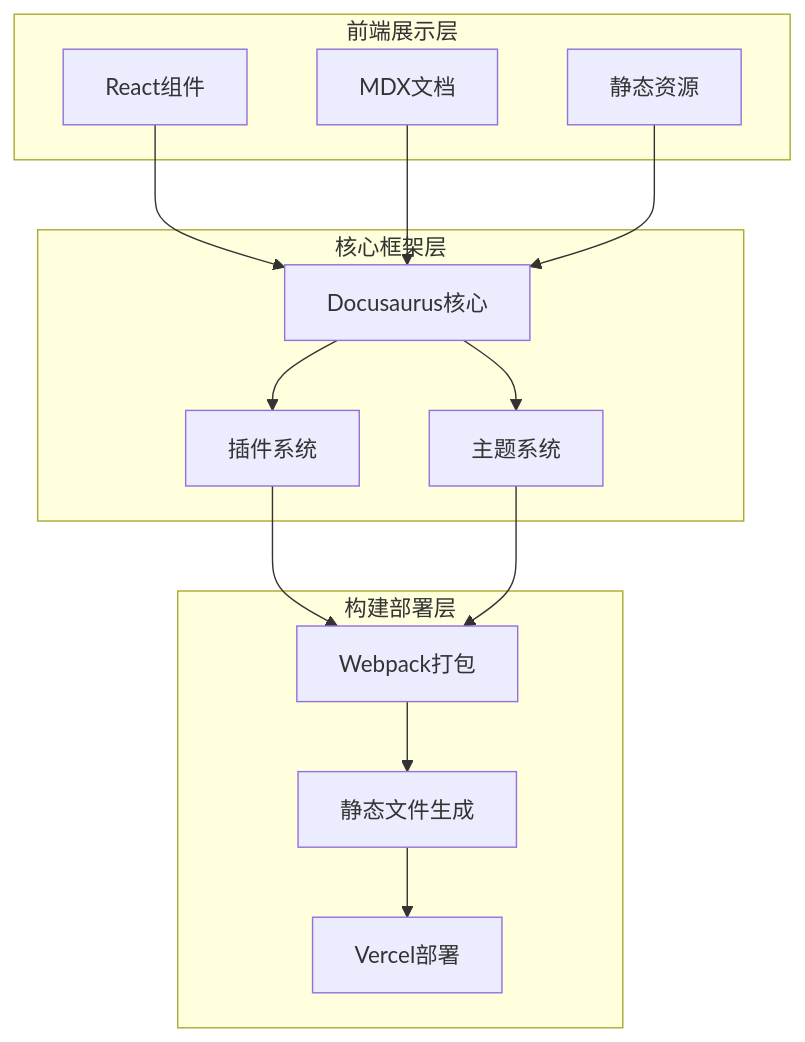
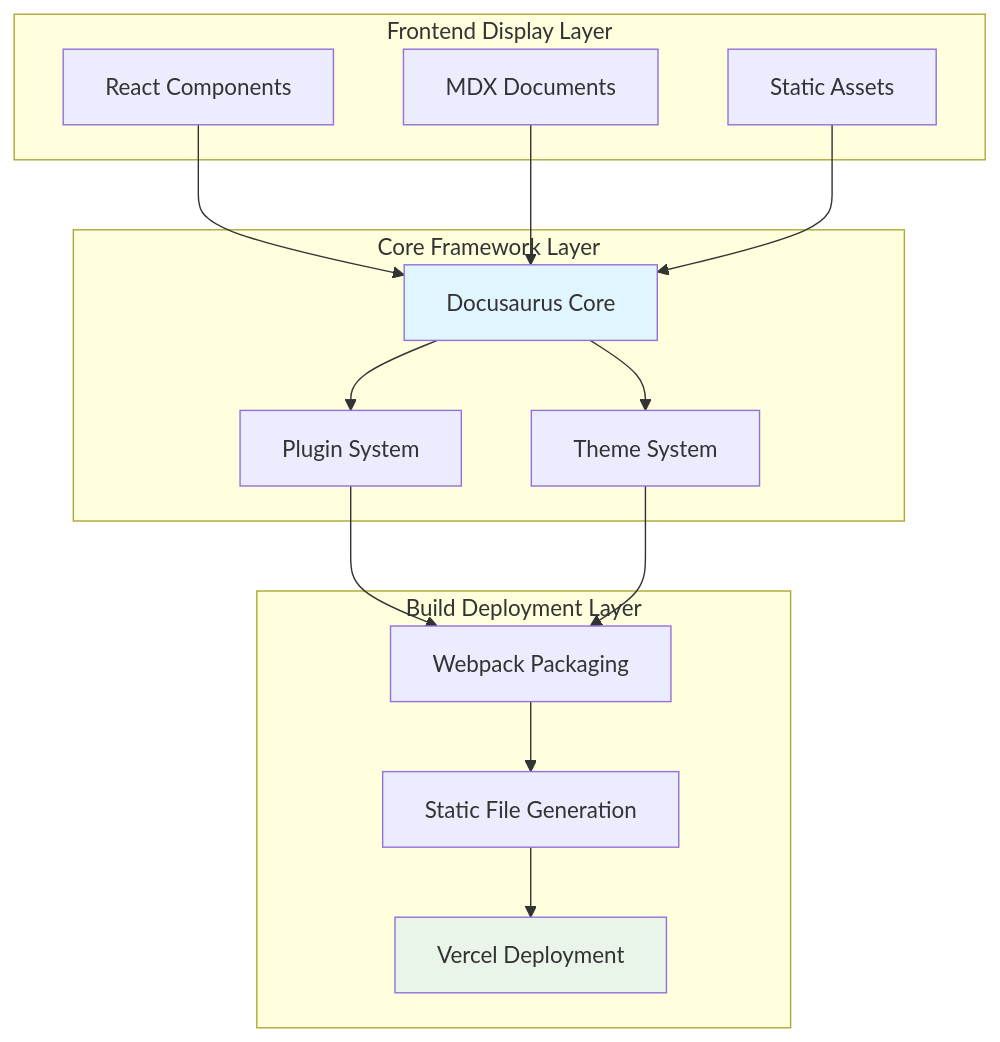
The second of 10 diagrams in versioned_docs/version-2024-winter/tutorials/docusaurus-tutorial.mdx (ChanMeng666/ai-programming-teaching-project), drawn with Mermaid before and after one commit. The commit also changed other lines of this file and 472 other files, not shown here.

````diff
--- a/versioned_docs/version-2024-winter/tutorials/docusaurus-tutorial.mdx
+++ b/versioned_docs/version-2024-winter/tutorials/docusaurus-tutorial.mdx
@@ -49,30 +52,33 @@
 ```mermaid
 graph TB
-    subgraph "前端展示层"
-        A[React组件]
-        B[MDX文档]
-        C[静态资源]
+    subgraph "Frontend Display Layer"
+        A[React Components]
+        B[MDX Documents]
+        C[Static Assets]
     end
-    
-    subgraph "核心框架层"
-        D[Docusaurus核心]
-        E[插件系统]
-        F[主题系统]
+
+    subgraph "Core Framework Layer"
+        D[Docusaurus Core]
+        E[Plugin System]
+        F[Theme System]
     end
-    
-    subgraph "构建部署层"
-        G[Webpack打包]
-        H[静态文件生成]
-        I[Vercel部署]
+
+    subgraph "Build Deployment Layer"
+        G[Webpack Packaging]
+        H[Static File Generation]
+        I[Vercel Deployment]
     end
-    
+
     A --> D
     B --> D
     C --> D
     D --> E
     D --> F
     E --> G
     F --> G
     G --> H
     H --> I
+
+    style D fill:#e1f5fe
+    style I fill:#e8f5e8
 ```
````
